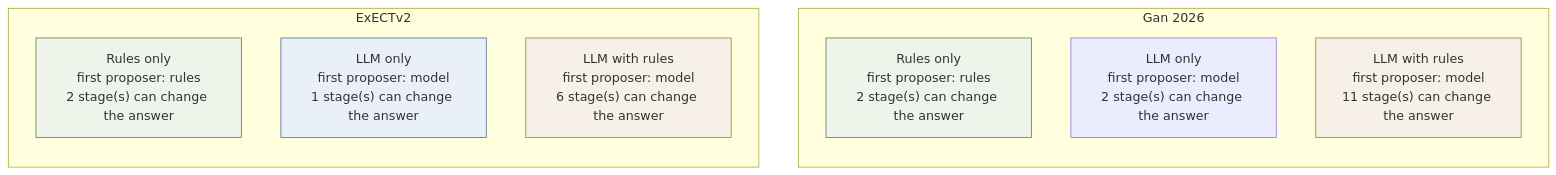
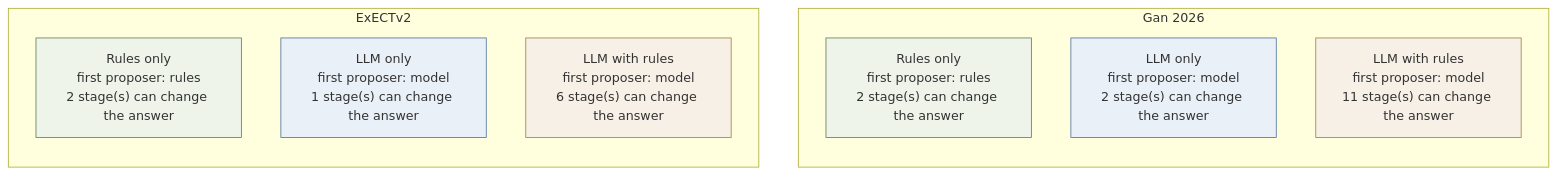
The diagram in docs/architecture/diagrams/overview.md (cbrown564-alt/clinical_extraction), drawn with Mermaid before and after one commit. The commit also changed 10 other files, not shown here.

````diff
--- a/docs/architecture/diagrams/overview.md
+++ b/docs/architecture/diagrams/overview.md
@@ -10,26 +10,27 @@
 ```mermaid
 flowchart TB
   subgraph gan2026[Gan 2026]
     direction TB
     gan2026_rules_only["Rules only<br/>first proposer: rules<br/>2 stage(s) can change the answer"]
     gan2026_llm_only["LLM only<br/>first proposer: model<br/>2 stage(s) can change the answer"]
     gan2026_llm_with_rules["LLM with rules<br/>first proposer: model<br/>11 stage(s) can change the answer"]
   end
   subgraph exectv2[ExECTv2]
     direction TB
     exectv2_rules_only["Rules only<br/>first proposer: rules<br/>2 stage(s) can change the answer"]
     exectv2_llm_only["LLM only<br/>first proposer: model<br/>1 stage(s) can change the answer"]
     exectv2_llm_with_rules["LLM with rules<br/>first proposer: model<br/>6 stage(s) can change the answer"]
   end
 
   class gan2026_rules_only rules;
   class gan2026_llm_only llm;
   class gan2026_llm_with_rules llm_with_rules;
   class exectv2_rules_only rules_only;
   class exectv2_llm_only llm_only;
   class exectv2_llm_with_rules llm_with_rules;
   classDef rules fill:#eef4ea,stroke:#5a7d4f;
   classDef rules_only fill:#eef4ea,stroke:#5a7d4f;
   classDef llm_only fill:#eaf0f7,stroke:#4a6f9c;
+  classDef llm fill:#eaf0f7,stroke:#4a6f9c;
   classDef llm_with_rules fill:#f7f0e6,stroke:#a07b3c;
 ```
````
